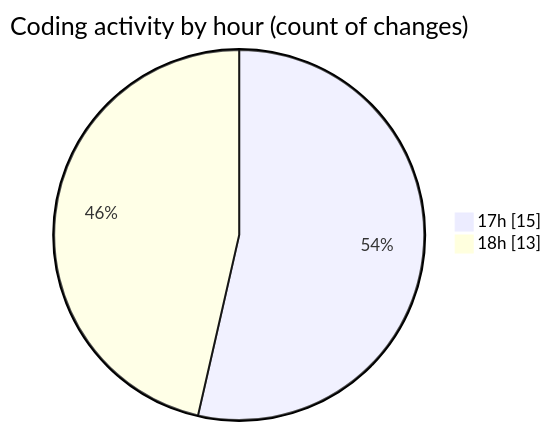
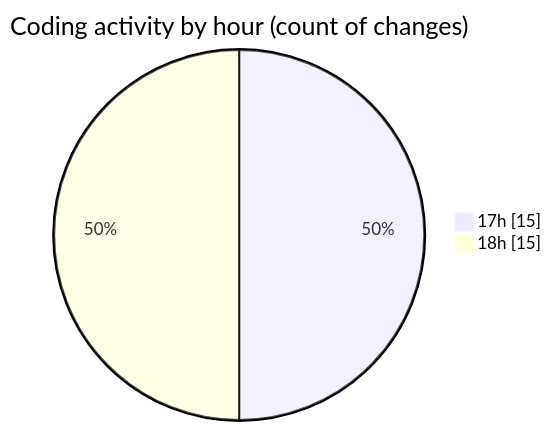
The second of 2 diagrams in 2025-03-09/jmasm/README.md (charlie-sans/code-tracking), drawn with Mermaid before and after one commit. The commit also changed other lines of this file and 1 other file, not shown here.

````diff
--- a/2025-03-09/jmasm/README.md
+++ b/2025-03-09/jmasm/README.md
@@ -47,6 +49,6 @@
 ```mermaid
 pie showData
 title Coding activity by hour (count of changes)
 "17h" : 15
-"18h" : 13
+"18h" : 15
 ```
````
